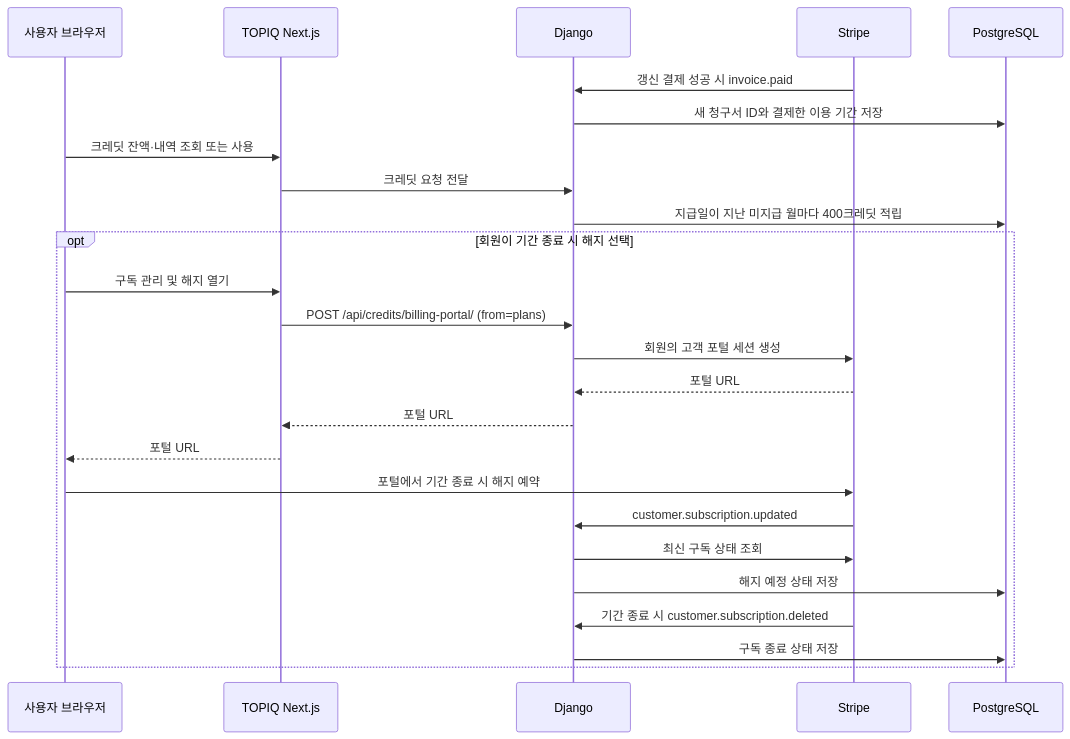
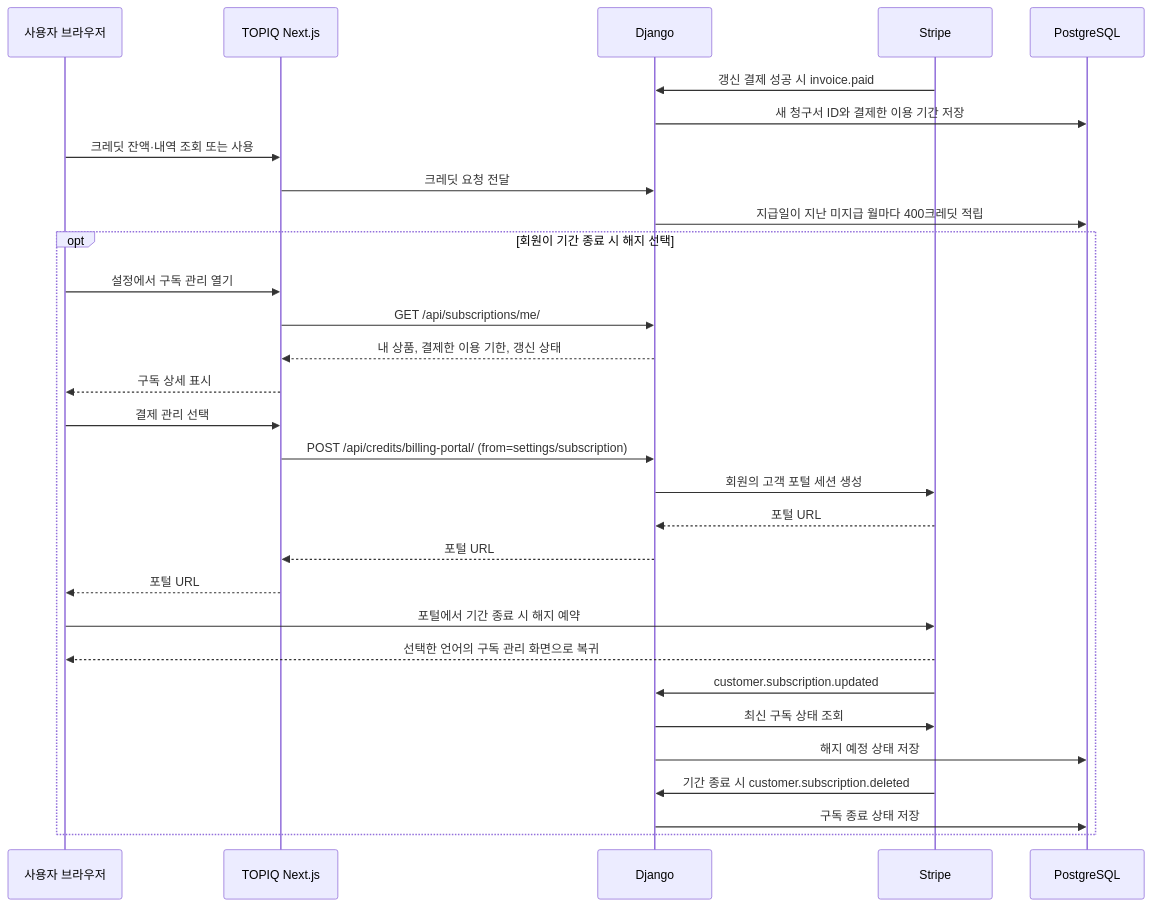
One commit to OverWindow/UNIGATE-November changed the third of 4 diagrams in docs/stripe-credit-payment-flow.md. Above: the diagram before and after it, drawn with Mermaid. The commit also changed 16 other files, not shown here.

````diff
--- a/docs/stripe-credit-payment-flow.md
+++ b/docs/stripe-credit-payment-flow.md
@@ -126,28 +126,33 @@
 ```mermaid
 sequenceDiagram
     participant B as 사용자 브라우저
     participant N as TOPIQ Next.js
     participant D as Django
     participant S as Stripe
     participant DB as PostgreSQL
 
     S->>D: 갱신 결제 성공 시 invoice.paid
     D->>DB: 새 청구서 ID와 결제한 이용 기간 저장
     B->>N: 크레딧 잔액·내역 조회 또는 사용
     N->>D: 크레딧 요청 전달
     D->>DB: 지급일이 지난 미지급 월마다 400크레딧 적립
     opt 회원이 기간 종료 시 해지 선택
-        B->>N: 구독 관리 및 해지 열기
-        N->>D: POST /api/credits/billing-portal/ (from=plans)
+        B->>N: 설정에서 구독 관리 열기
+        N->>D: GET /api/subscriptions/me/
+        D-->>N: 내 상품, 결제한 이용 기한, 갱신 상태
+        N-->>B: 구독 상세 표시
+        B->>N: 결제 관리 선택
+        N->>D: POST /api/credits/billing-portal/ (from=settings/subscription)
         D->>S: 회원의 고객 포털 세션 생성
         S-->>D: 포털 URL
         D-->>N: 포털 URL
         N-->>B: 포털 URL
         B->>S: 포털에서 기간 종료 시 해지 예약
+        S-->>B: 선택한 언어의 구독 관리 화면으로 복귀
         S->>D: customer.subscription.updated
         D->>S: 최신 구독 상태 조회
         D->>DB: 해지 예정 상태 저장
         S->>D: 기간 종료 시 customer.subscription.deleted
         D->>DB: 구독 종료 상태 저장
     end
 ```
````
